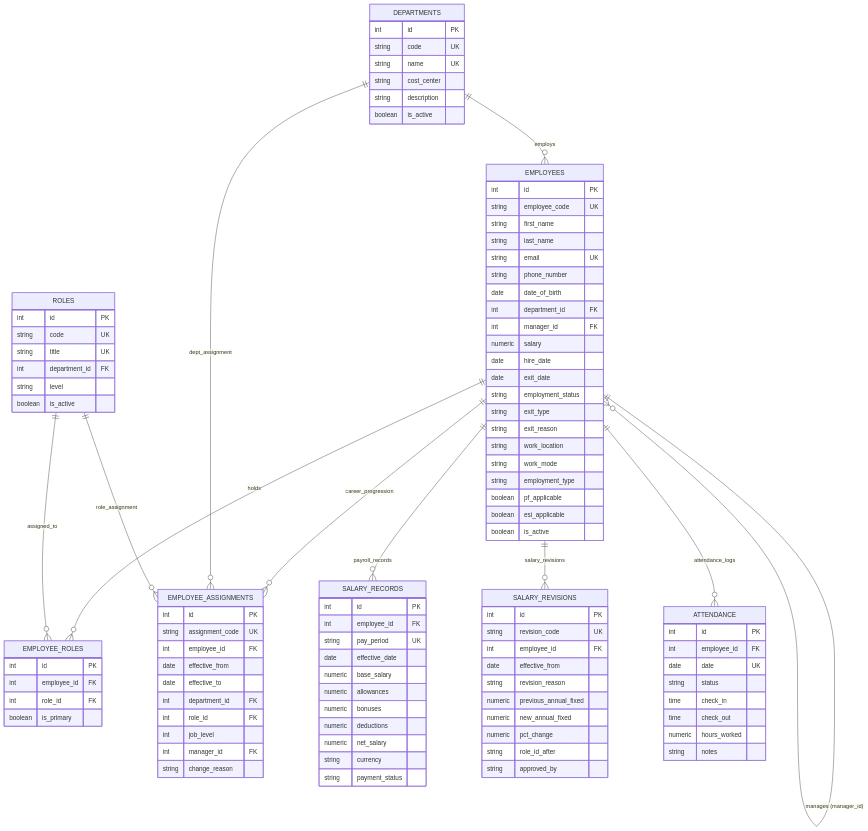
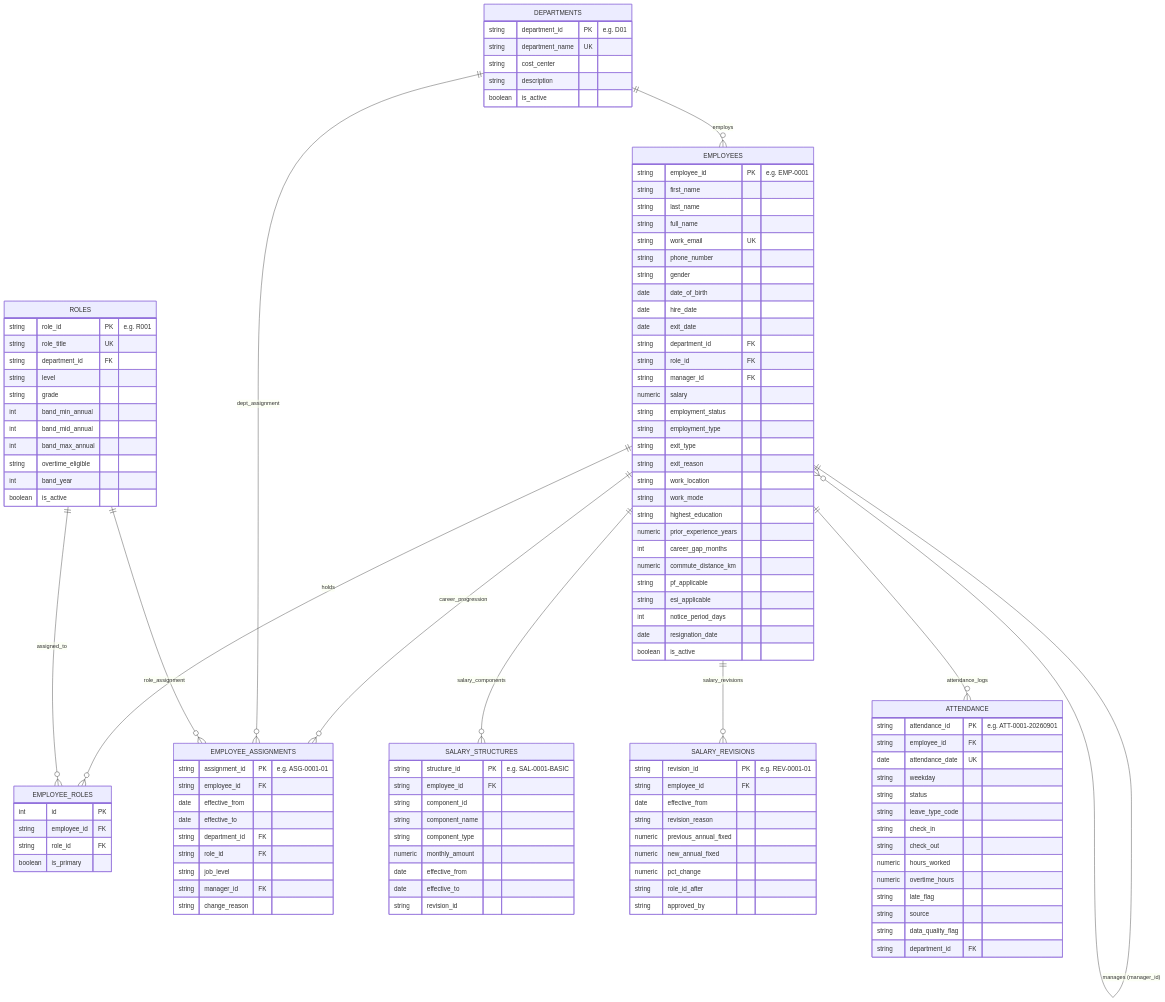
One commit to abhinav2231/employee-management-api- changed the diagram in README.md. Above: the diagram before and after it, drawn with Mermaid. The commit also changed other lines of this file and 52 other files, not shown here.

````diff
--- a/README.md
+++ b/README.md
@@ -133,90 +165,98 @@
     EMPLOYEES ||--o{ EMPLOYEE_ASSIGNMENTS : "career_progression"
     DEPARTMENTS ||--o{ EMPLOYEE_ASSIGNMENTS : "dept_assignment"
     ROLES ||--o{ EMPLOYEE_ASSIGNMENTS : "role_assignment"
-    EMPLOYEES ||--o{ SALARY_RECORDS : "payroll_records"
+    EMPLOYEES ||--o{ SALARY_STRUCTURES : "salary_components"
     EMPLOYEES ||--o{ SALARY_REVISIONS : "salary_revisions"
     EMPLOYEES ||--o{ ATTENDANCE : "attendance_logs"
 
     DEPARTMENTS {
-        int id PK
-        string code UK
-        string name UK
+        string department_id PK "e.g. D01"
+        string department_name UK
         string cost_center
         string description
         boolean is_active
     }
 
     ROLES {
-        int id PK
-        string code UK
-        string title UK
-        int department_id FK
+        string role_id PK "e.g. R001"
+        string role_title UK
+        string department_id FK
         string level
+        string grade
+        int band_min_annual
+        int band_mid_annual
+        int band_max_annual
+        string overtime_eligible
+        int band_year
         boolean is_active
     }
 
     EMPLOYEES {
-        int id PK
-        string employee_code UK
+        string employee_id PK "e.g. EMP-0001"
         string first_name
         string last_name
-        string email UK
+        string full_name
+        string work_email UK
         string phone_number
+        string gender
         date date_of_birth
-        int department_id FK
-        int manager_id FK
-        numeric salary
         date hire_date
         date exit_date
+        string department_id FK
+        string role_id FK
+        string manager_id FK
+        numeric salary
         string employment_status
+        string employment_type
         string exit_type
         string exit_reason
         string work_location
         string work_mode
-        string employment_type
-        boolean pf_applicable
-        boolean esi_applicable
+        string highest_education
+        numeric prior_experience_years
+        int career_gap_months
+        numeric commute_distance_km
+        string pf_applicable
+        string esi_applicable
+        int notice_period_days
+        date resignation_date
         boolean is_active
     }
 
     EMPLOYEE_ROLES {
         int id PK
-        int employee_id FK
-        int role_id FK
+        string employee_id FK
+        string role_id FK
         boolean is_primary
     }
 
     EMPLOYEE_ASSIGNMENTS {
-        int id PK
-        string assignment_code UK
-        int employee_id FK
+        string assignment_id PK "e.g. ASG-0001-01"
+        string employee_id FK
         date effective_from
         date effective_to
-        int department_id FK
-        int role_id FK
-        int job_level
-        int manager_id FK
+        string department_id FK
+        string role_id FK
+        string job_level
+        string manager_id FK
         string change_reason
     }
 
-    SALARY_RECORDS {
-        int id PK
-        int employee_id FK
-        string pay_period UK
-        date effective_date
-        numeric base_salary
-        numeric allowances
-        numeric bonuses
-        numeric deductions
-        numeric net_salary
-        string currency
-        string payment_status
+    SALARY_STRUCTURES {
+        string structure_id PK "e.g. SAL-0001-BASIC"
+        string employee_id FK
+        string component_id
+        string component_name
+        string component_type
+        numeric monthly_amount
+        date effective_from
+        date effective_to
+        string revision_id
     }
 
     SALARY_REVISIONS {
-        int id PK
-        string revision_code UK
-        int employee_id FK
+        string revision_id PK "e.g. REV-0001-01"
+        string employee_id FK
         date effective_from
         string revision_reason
         numeric previous_annual_fixed
@@ -227,13 +267,19 @@
     }
 
     ATTENDANCE {
-        int id PK
-        int employee_id FK
-        date date UK
+        string attendance_id PK "e.g. ATT-0001-20260901"
+        string employee_id FK
+        date attendance_date UK
+        string weekday
         string status
-        time check_in
-        time check_out
+        string leave_type_code
+        string check_in
+        string check_out
         numeric hours_worked
-        string notes
+        numeric overtime_hours
+        string late_flag
+        string source
+        string data_quality_flag
+        string department_id FK
     }
 ```
````
